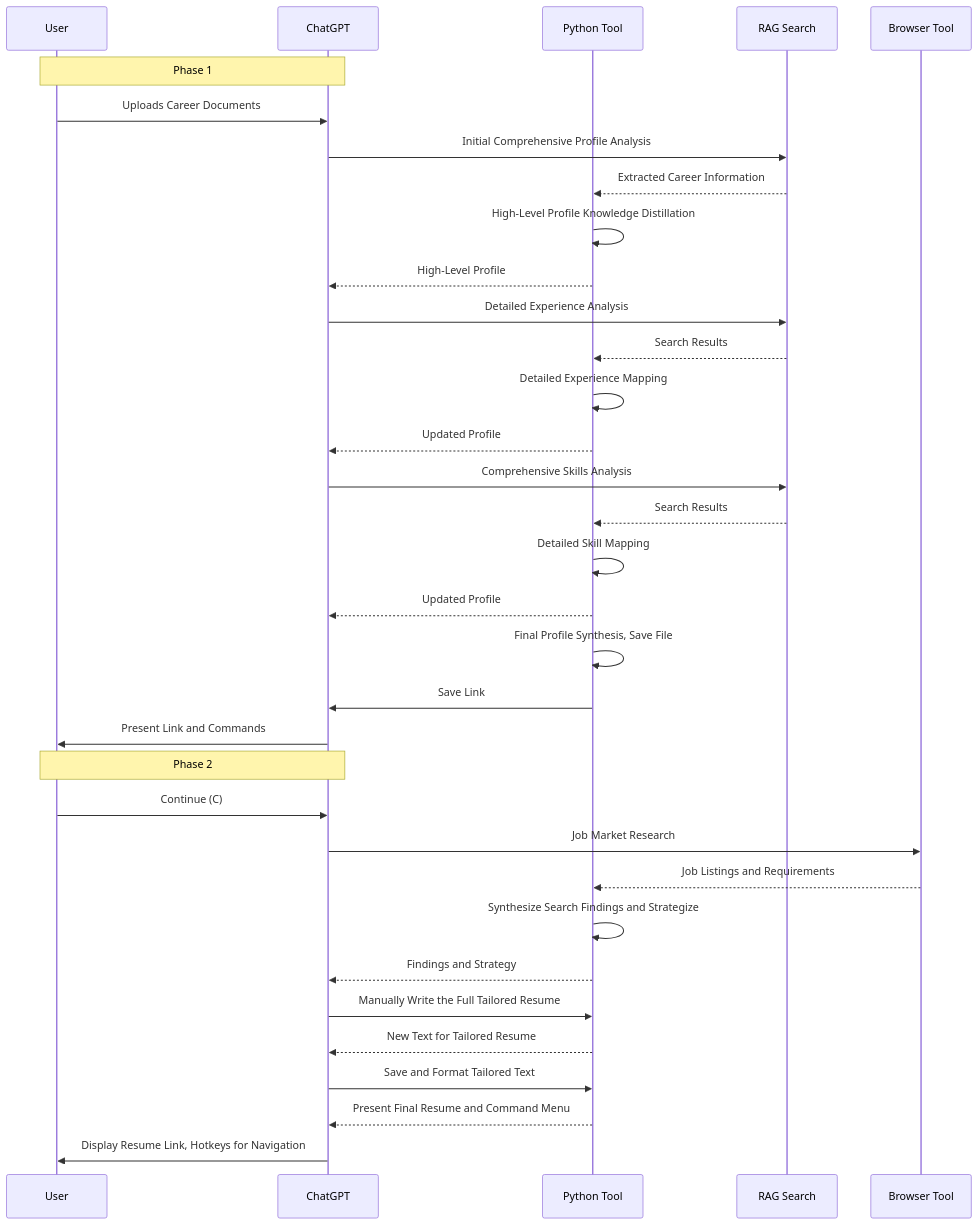
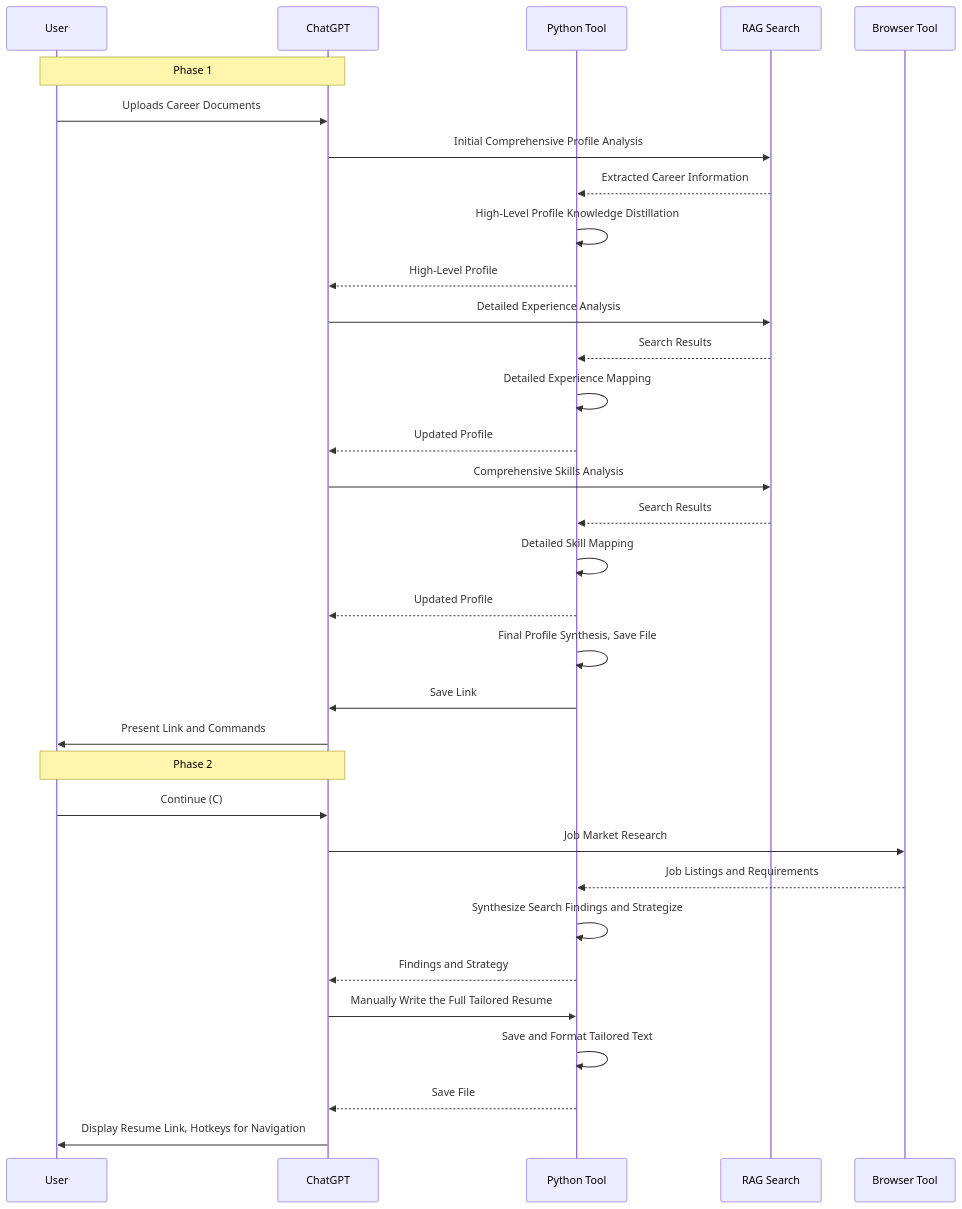
The third of 11 diagrams in README.md (nerority/Advanced-GPTs), drawn with Mermaid before and after one commit.

````diff
--- a/README.md
+++ b/README.md
@@ -187,38 +187,37 @@
 ```mermaid
 sequenceDiagram
     participant User
     participant ChatGPT
     participant PythonTool as Python Tool
     participant RAG as RAG Search
     participant Browser as Browser Tool
 
     note over User, ChatGPT: Phase 1
     User->>ChatGPT: Uploads Career Documents
     ChatGPT->>RAG: Initial Comprehensive Profile Analysis
     RAG-->>PythonTool: Extracted Career Information
     PythonTool->>PythonTool: High-Level Profile Knowledge Distillation
     PythonTool-->>ChatGPT: High-Level Profile
     ChatGPT->>RAG: Detailed Experience Analysis
     RAG-->>PythonTool: Search Results
     PythonTool->>PythonTool: Detailed Experience Mapping
     PythonTool-->>ChatGPT: Updated Profile
     ChatGPT->>RAG: Comprehensive Skills Analysis
     RAG-->>PythonTool: Search Results
     PythonTool->>PythonTool: Detailed Skill Mapping
     PythonTool-->>ChatGPT: Updated Profile
     PythonTool->>PythonTool: Final Profile Synthesis, Save File
     PythonTool->>ChatGPT: Save Link
     ChatGPT->>User: Present Link and Commands
 
     note over User, ChatGPT: Phase 2
     User->>ChatGPT: Continue (C)
     ChatGPT->>Browser: Job Market Research
     Browser-->>PythonTool: Job Listings and Requirements
     PythonTool->>PythonTool: Synthesize Search Findings and Strategize
     PythonTool-->>ChatGPT: Findings and Strategy
     ChatGPT->>PythonTool: Manually Write the Full Tailored Resume
-    PythonTool-->>ChatGPT: New Text for Tailored Resume
-    ChatGPT->>PythonTool: Save and Format Tailored Text
-    PythonTool-->>ChatGPT: Present Final Resume and Command Menu
+    PythonTool->>PythonTool: Save and Format Tailored Text
+    PythonTool-->>ChatGPT: Save File 
     ChatGPT->>User: Display Resume Link, Hotkeys for Navigation
 ```
````
